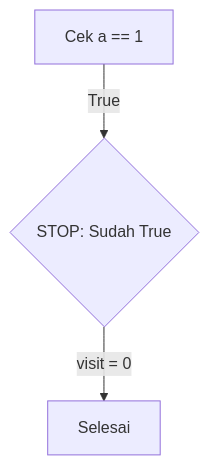
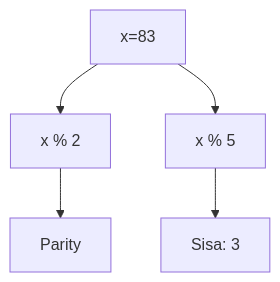
Before and after one commit to amnahwaida/OSNK_INF_PREP: the eighth of 25 diagrams in part-c-pemahaman-cpp/02-percabangan/latihan/set-03.md, drawn with Mermaid. The commit also changed other lines of this file and 71 other files, not shown here.

````diff
--- a/part-c-pemahaman-cpp/02-percabangan/latihan/set-03.md
+++ b/part-c-pemahaman-cpp/02-percabangan/latihan/set-03.md
@@ -177,5 +236,7 @@
 ```mermaid
 graph TD
-    A[Cek a == 1] -->|"True"| B{"STOP: Sudah True"}
-    B -->|"visit = 0"| C[Selesai]
+A[x=83] --> B[x % 2]
+B --> C[Parity]
+A --> D[x % 5]
+D --> E[Sisa: 3]
 ```
````
